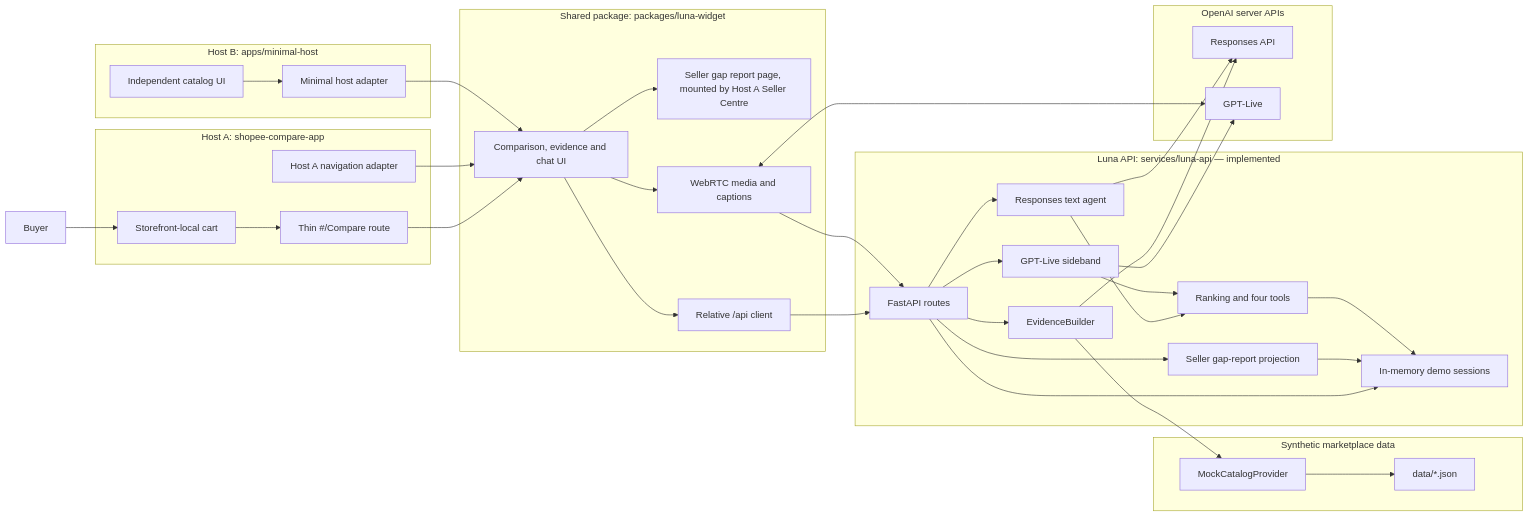
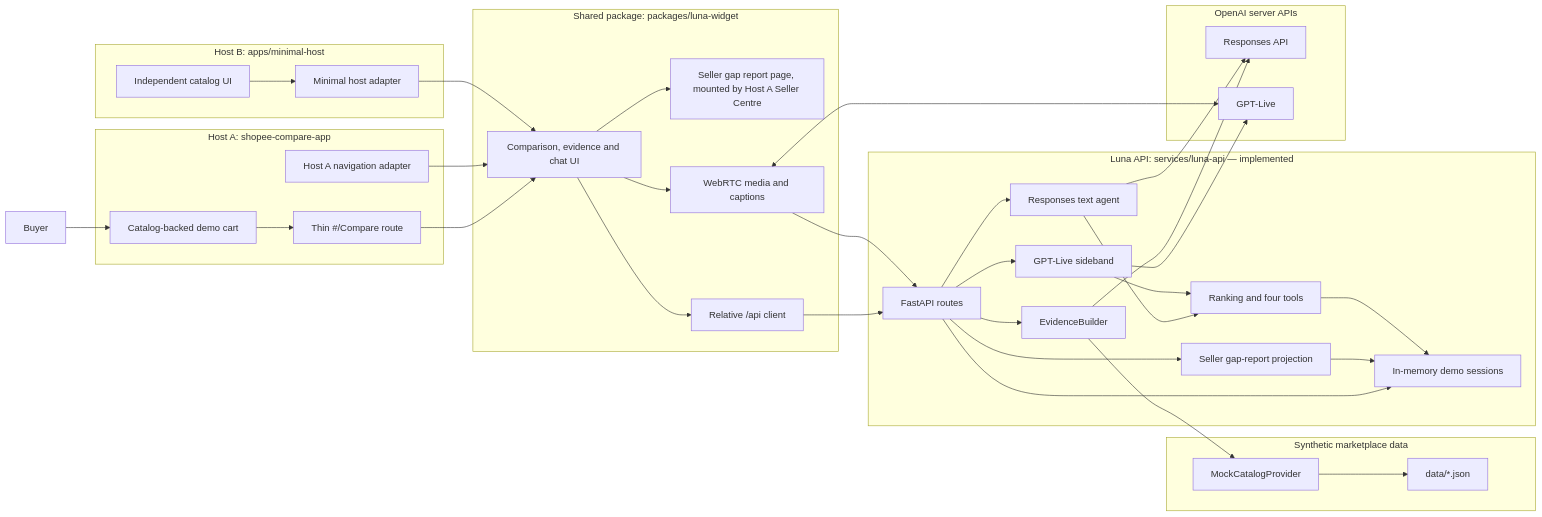
Before and after one commit to jaxwong/decodex: the first of 8 diagrams in docs/architecture.md, drawn with Mermaid. The commit also changed other lines of this file and 9 other files, not shown here.

First line of the commit message:
docs: record catalog-backed Host A cart

````diff
--- a/docs/architecture.md
+++ b/docs/architecture.md
@@ -41,64 +42,64 @@
 ```mermaid
 flowchart LR
     Buyer[Buyer]
 
     subgraph HostA["Host A: shopee-compare-app"]
-        Cart[Storefront-local cart]
+        Cart[Catalog-backed demo cart]
         HostARoute[Thin #/Compare route]
         HostAAdapter[Host A navigation adapter]
     end
 
     subgraph HostB["Host B: apps/minimal-host"]
         MinimalCatalog[Independent catalog UI]
         MinimalAdapter[Minimal host adapter]
     end
 
     subgraph Widget["Shared package: packages/luna-widget"]
         LunaWidget[Comparison, evidence and chat UI]
         SellerView[Seller gap report page, mounted by Host A Seller Centre]
         LunaClient[Relative /api client]
         LiveControls[WebRTC media and captions]
     end
 
     subgraph LunaAPI["Luna API: services/luna-api — implemented"]
         Routes[FastAPI routes]
         SessionStore[In-memory demo sessions]
         EvidenceBuilder[EvidenceBuilder]
         Decision[Ranking and four tools]
         GapReport[Seller gap-report projection]
         TextAgent[Responses text agent]
         LiveAgent[GPT-Live sideband]
     end
 
     subgraph Data["Synthetic marketplace data"]
         MockProvider[MockCatalogProvider]
         Fixtures[data/*.json]
     end
 
     subgraph OpenAI["OpenAI server APIs"]
         Responses[Responses API]
         Live[GPT-Live]
     end
 
     Buyer --> Cart --> HostARoute --> LunaWidget
     HostAAdapter --> LunaWidget
     MinimalCatalog --> MinimalAdapter --> LunaWidget
 
     LunaWidget --> LunaClient --> Routes
     LunaWidget --> SellerView
     LunaWidget --> LiveControls
     LiveControls --> Routes
     LiveControls <--> Live
 
     Routes --> SessionStore
     Routes --> EvidenceBuilder
     Routes --> TextAgent
     Routes --> LiveAgent
     Routes --> GapReport --> SessionStore
     EvidenceBuilder --> MockProvider --> Fixtures
     EvidenceBuilder --> Responses
     TextAgent --> Responses
     TextAgent --> Decision --> SessionStore
     LiveAgent --> Live
     LiveAgent --> Decision
 ```
````
